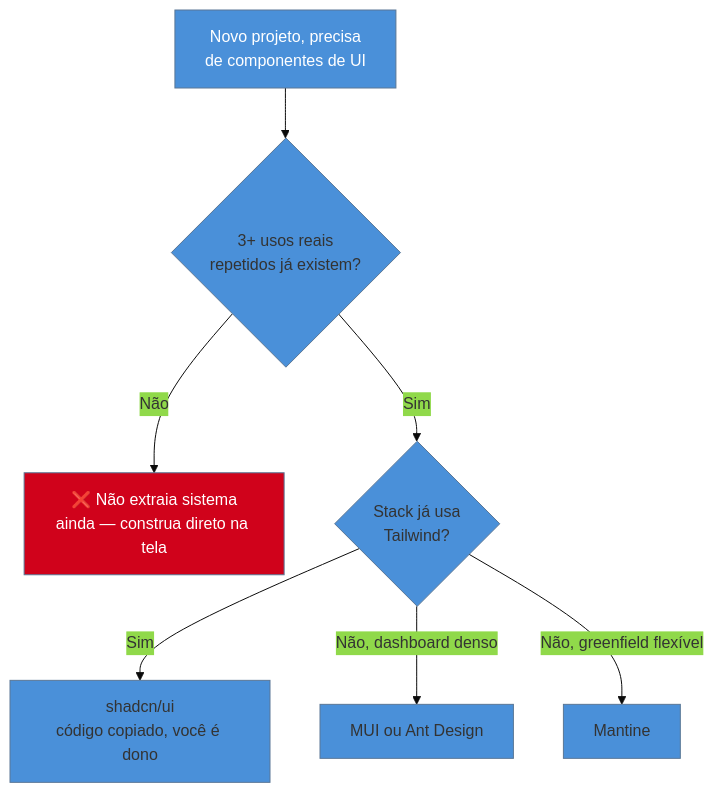
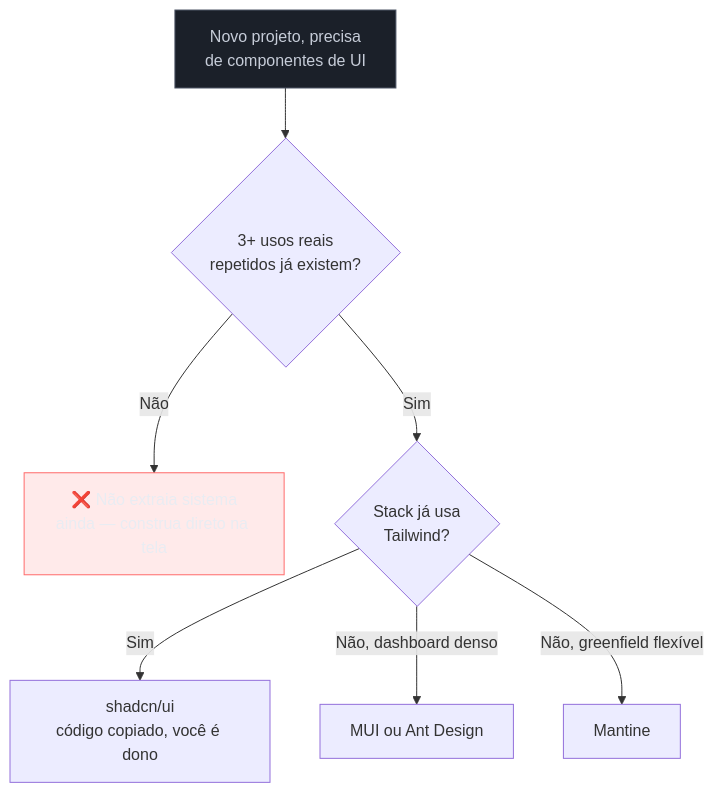
One commit to josenaldo/codex-technomanticus changed the diagram in 03-Dominios/Engenharia/UX/Linguagem Visual e Design System/32 - Adotar vs construir, e governança mínima.md. Above: the diagram before and after it, drawn with Mermaid. The commit also changed 1181 other files, not shown here.

First line of the commit message:
fix(diagramas): paleta do sistema no lugar de cor cravada no markdown

````diff
--- a/03-Dominios/Engenharia/UX/Linguagem Visual e Design System/32 - Adotar vs construir, e governança mínima.md
+++ b/03-Dominios/Engenharia/UX/Linguagem Visual e Design System/32 - Adotar vs construir, e governança mínima.md
@@ -38,12 +38,13 @@
 ```mermaid
-%%{init: {"theme": "base", "themeVariables": {"primaryColor": "#4A90D9"}}}%%
 graph TD
+    classDef falha fill:#FF6B6B24,stroke:#FF6B6B,color:#E9ECF2
+    classDef neutro fill:#1B2029,stroke:#4E5666,color:#C6CCD8
     Q["Novo projeto, precisa<br/>de componentes de UI"] --> R{"3+ usos reais<br/>repetidos já existem?"}
     R -->|"Não"| N["❌ Não extraia sistema<br/>ainda — construa direto na tela"]
     R -->|"Sim"| S{"Stack já usa<br/>Tailwind?"}
     S -->|"Sim"| SH["shadcn/ui<br/>código copiado, você é dono"]
     S -->|"Não, dashboard denso"| AD["MUI ou Ant Design"]
     S -->|"Não, greenfield flexível"| MA["Mantine"]
-    style N fill:#D0021B,color:#fff
-    style Q fill:#4A90D9,color:#fff
+    class N falha
+    class Q neutro
 ```
````
